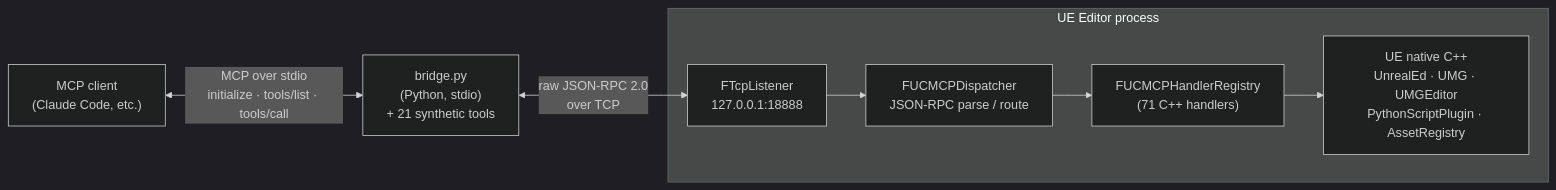
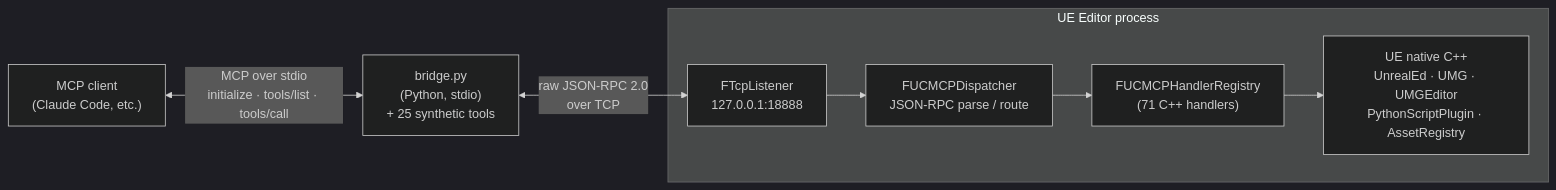
One commit to daveCode-dot/UnrealClaudeMCP changed the first of 2 diagrams in docs/ARCHITECTURE.md. Above: the diagram before and after it, drawn with Mermaid (dark theme). The commit also changed 12 other files, not shown here.

First line of the commit message:
feat(bridge): Wave C — 4 actor-batch synthetic tools (92 → 96) (#168)

````diff
--- a/docs/ARCHITECTURE.md
+++ b/docs/ARCHITECTURE.md
@@ -5,18 +5,18 @@
 ```mermaid
 flowchart LR
     Client["MCP client<br/>(Claude Code, etc.)"]
-    Bridge["bridge.py<br/>(Python, stdio)<br/>+ 21 synthetic tools"]
+    Bridge["bridge.py<br/>(Python, stdio)<br/>+ 25 synthetic tools"]
 
     subgraph UE["UE Editor process"]
         TCP["FTcpListener<br/>127.0.0.1:18888"]
         Disp["FUCMCPDispatcher<br/>JSON-RPC parse / route"]
         Reg["FUCMCPHandlerRegistry<br/>(71 C++ handlers)"]
         Native["UE native C++<br/>UnrealEd · UMG · UMGEditor<br/>PythonScriptPlugin · AssetRegistry"]
     end
 
     Client <-->|"MCP over stdio<br/>initialize · tools/list · tools/call"| Bridge
     Bridge <-->|"raw JSON-RPC 2.0<br/>over TCP"| TCP
     TCP --> Disp
     Disp --> Reg
     Reg --> Native
 ```
````
